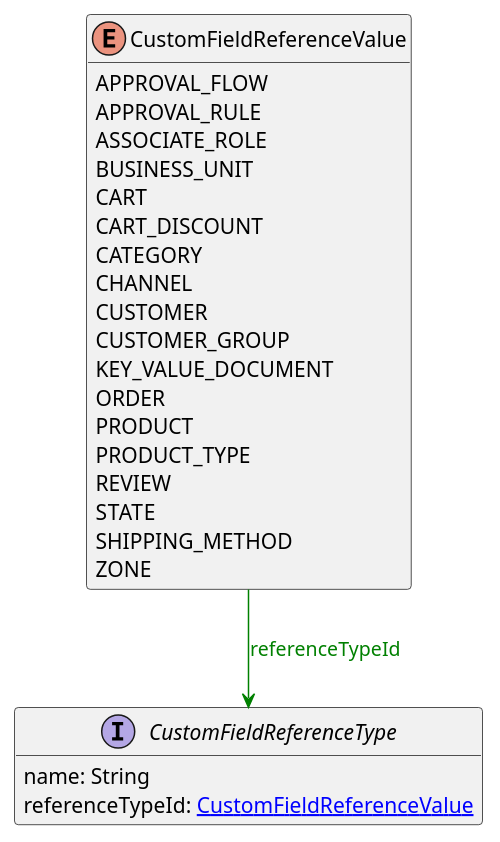
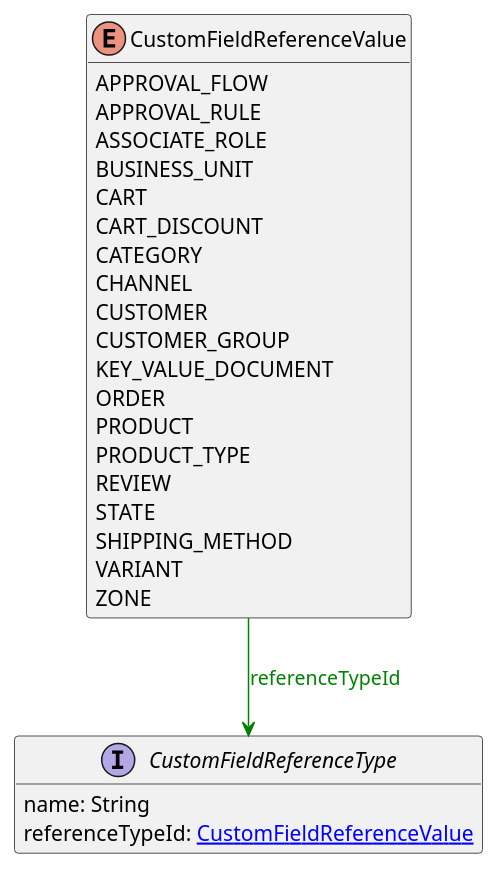
One commit to commercetools/commercetools-api-reference changed the diagram in uml/api/CustomFieldReferenceValue.puml. Above: the diagram before and after it, drawn with PlantUML. The commit also changed 4 other files, not shown here.

```diff
--- a/uml/api/CustomFieldReferenceValue.puml
+++ b/uml/api/CustomFieldReferenceValue.puml
@@ -1,29 +1,30 @@
 @startuml
 
 hide methods
 enum CustomFieldReferenceValue {
     APPROVAL_FLOW
     APPROVAL_RULE
     ASSOCIATE_ROLE
     BUSINESS_UNIT
     CART
     CART_DISCOUNT
     CATEGORY
     CHANNEL
     CUSTOMER
     CUSTOMER_GROUP
     KEY_VALUE_DOCUMENT
     ORDER
     PRODUCT
     PRODUCT_TYPE
     REVIEW
     STATE
     SHIPPING_METHOD
+    VARIANT
     ZONE
 }
 interface CustomFieldReferenceType [[CustomFieldReferenceType.svg]]  {
     name: String
     referenceTypeId: [[CustomFieldReferenceValue.svg CustomFieldReferenceValue]]
 }
 CustomFieldReferenceValue --> CustomFieldReferenceType #green;text:green : "referenceTypeId"
 @enduml
```
